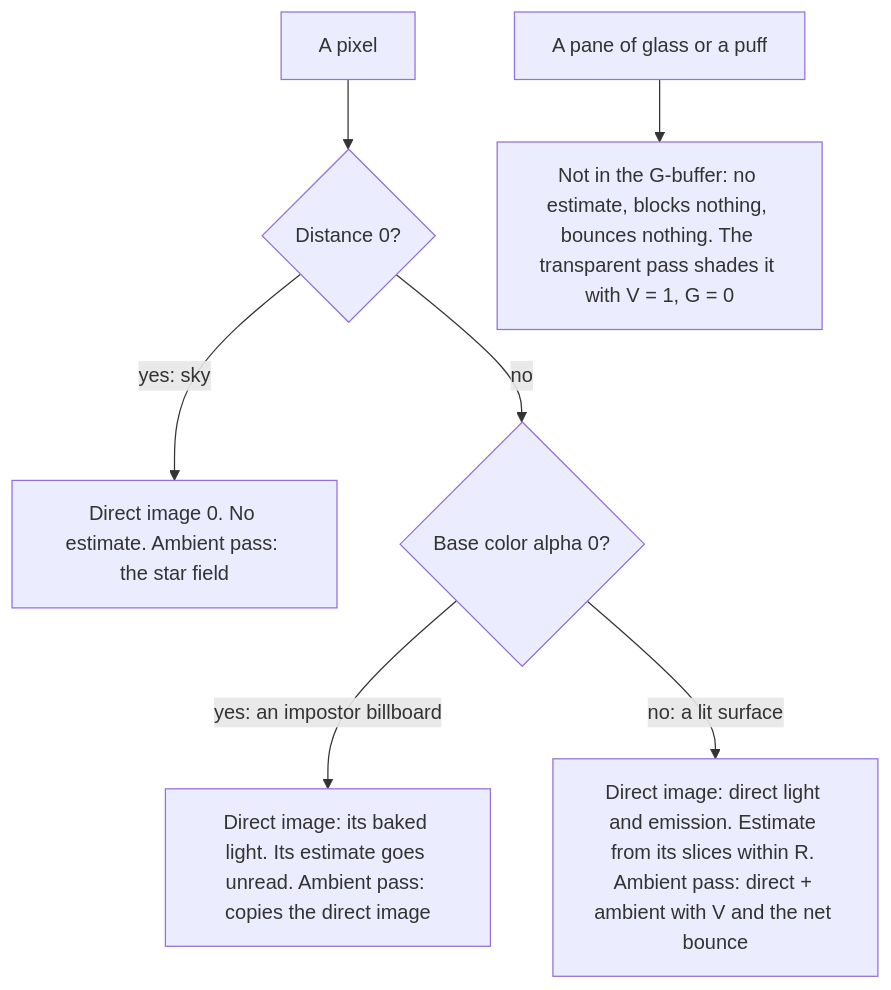
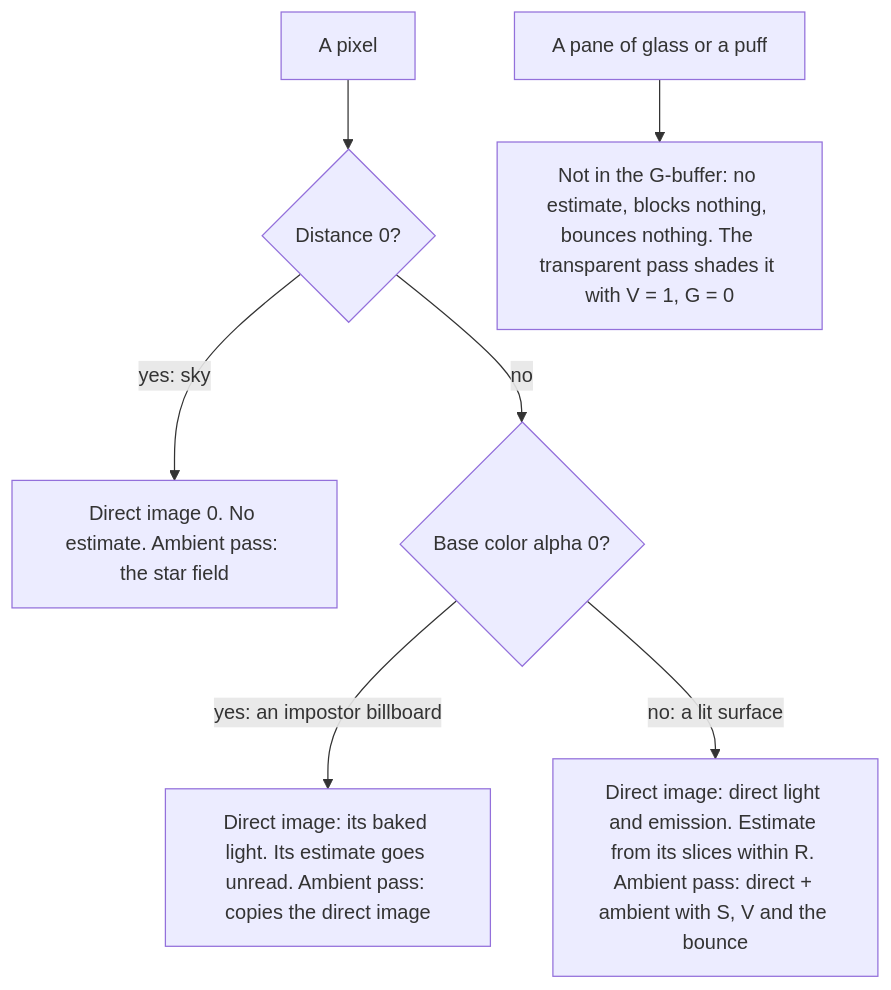
The fourth of 4 diagrams in docs/plans/screen-space-illumination.md (alexispurslane/tertius), drawn with Mermaid before and after one commit. The commit also changed other lines of this file and 21 other files, not shown here.

````diff
--- a/docs/plans/screen-space-illumination.md
+++ b/docs/plans/screen-space-illumination.md
@@ -954,9 +957,9 @@
 ```mermaid
 flowchart TD
     P["A pixel"] --> S{"Distance 0?"}
     S -- "yes: sky" --> SK["Direct image 0. No estimate. Ambient pass: the star field"]
     S -- no --> I{"Base color alpha 0?"}
     I -- "yes: an impostor billboard" --> IM["Direct image: its baked light. Its estimate goes unread. Ambient pass: copies the direct image"]
-    I -- "no: a lit surface" --> L["Direct image: direct light and emission. Estimate from its slices within R. Ambient pass: direct + ambient with V and the net bounce"]
+    I -- "no: a lit surface" --> L["Direct image: direct light and emission. Estimate from its slices within R. Ambient pass: direct + ambient with S, V and the bounce"]
     G["A pane of glass or a puff"] --> TP["Not in the G-buffer: no estimate, blocks nothing, bounces nothing. The transparent pass shades it with V = 1, G = 0"]
 ```
````
